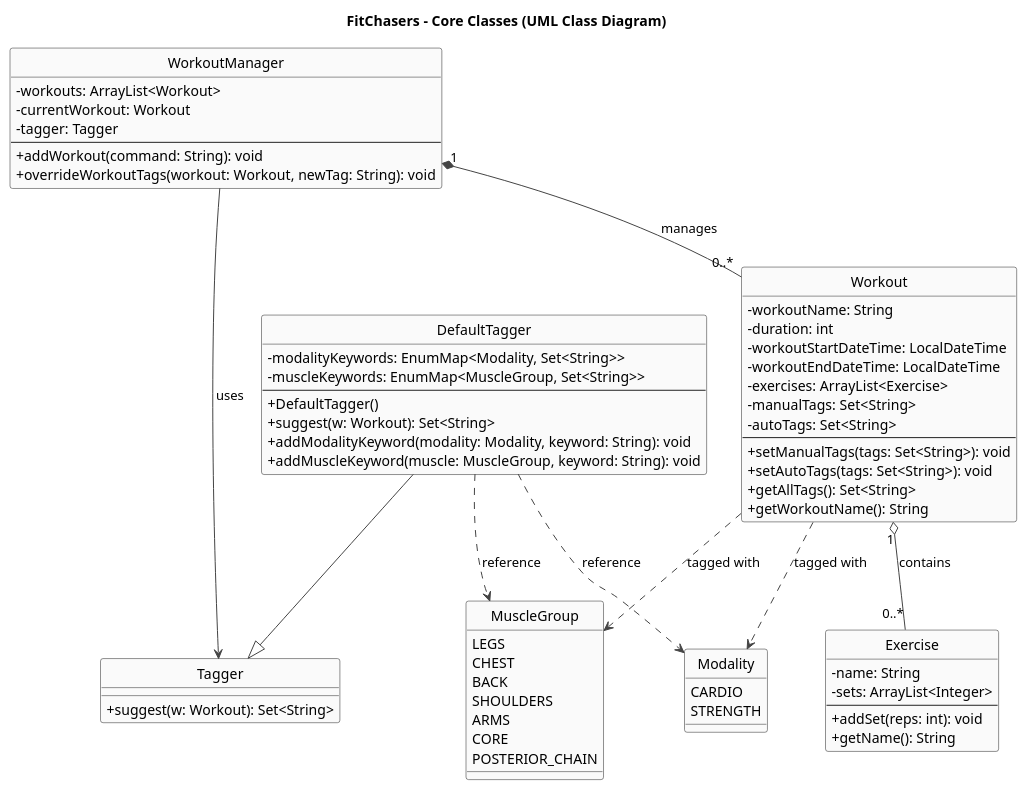
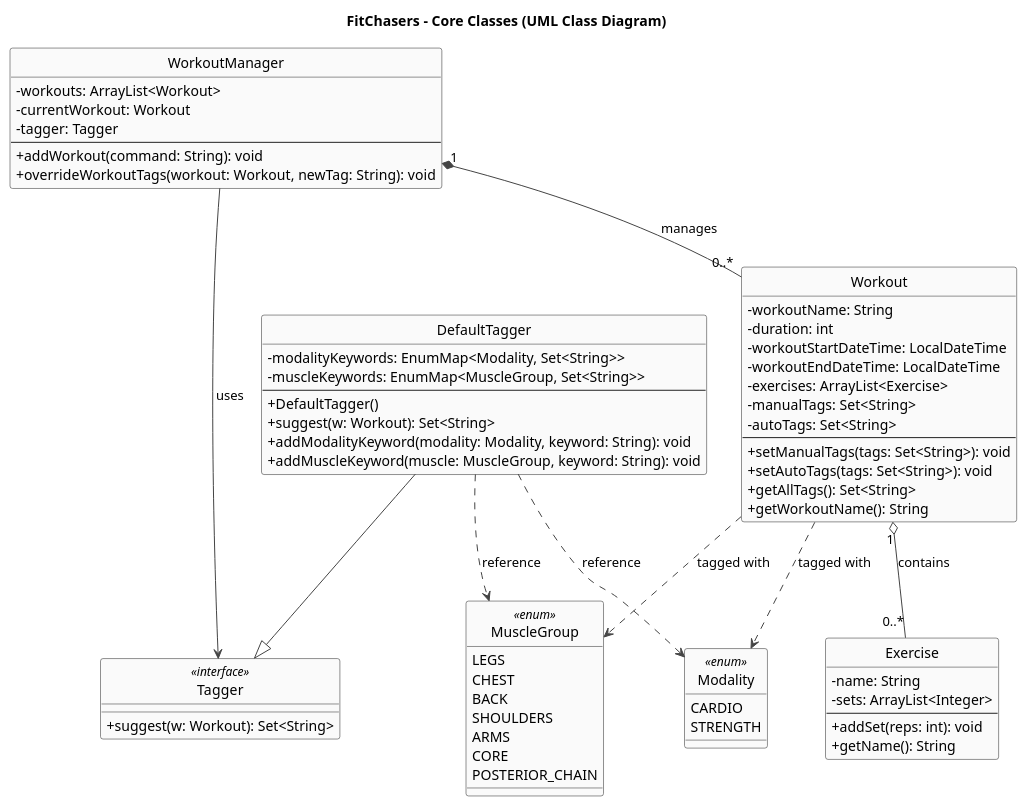
The diagram in docs/diagrams/Class_Diagram_for_tagging.puml (Exceptional-Khoi/tp), drawn with PlantUML before and after one commit. The commit also changed 19 other files, not shown here.

Commit message:
Replaced all sequence diagrams

```diff
--- a/docs/diagrams/Class_Diagram_for_tagging.puml
+++ b/docs/diagrams/Class_Diagram_for_tagging.puml
@@ -1,87 +1,86 @@
 @startuml
 title FitChasers – Core Classes (UML Class Diagram)
 
 skinparam shadowing false
 skinparam classAttributeIconSize 0
 skinparam ArrowColor #444
 skinparam ClassBorderColor #222
 skinparam ClassBackgroundColor #FAFAFA
 skinparam NoteBackgroundColor #fff
 skinparam NoteBorderColor #aaa
 
 hide circle
-hide stereotype
 
 ' ===== Classes & Interfaces =====
 class WorkoutManager {
   -workouts: ArrayList<Workout>
   -currentWorkout: Workout
   -tagger: Tagger
   --
   +addWorkout(command: String): void
   +overrideWorkoutTags(workout: Workout, newTag: String): void
 }
 
 class Tagger <<interface>> {
   +suggest(w: Workout): Set<String>
 }
 
 class DefaultTagger {
   -modalityKeywords: EnumMap<Modality, Set<String>>
   -muscleKeywords: EnumMap<MuscleGroup, Set<String>>
   --
   +DefaultTagger()
   +suggest(w: Workout): Set<String>
   +addModalityKeyword(modality: Modality, keyword: String): void
   +addMuscleKeyword(muscle: MuscleGroup, keyword: String): void
 }
 
 class Workout {
   -workoutName: String
   -duration: int
   -workoutStartDateTime: LocalDateTime
   -workoutEndDateTime: LocalDateTime
   -exercises: ArrayList<Exercise>
   -manualTags: Set<String>
   -autoTags: Set<String>
   --
   +setManualTags(tags: Set<String>): void
   +setAutoTags(tags: Set<String>): void
   +getAllTags(): Set<String>
   +getWorkoutName(): String
 }
 
 class Exercise {
   -name: String
   -sets: ArrayList<Integer>
   --
   +addSet(reps: int): void
   +getName(): String
 }
 
 class Modality <<enum>> {
   CARDIO
   STRENGTH
 }
 
 class MuscleGroup <<enum>> {
   LEGS
   CHEST
   BACK
   SHOULDERS
   ARMS
   CORE
   POSTERIOR_CHAIN
 }
 
 ' ===== Relationships =====
 WorkoutManager "1" *-- "0..*" Workout : manages
 WorkoutManager --> Tagger : uses
 DefaultTagger --|> Tagger
 Workout "1" o-- "0..*" Exercise : contains
 Workout ..> Modality : tagged with
 Workout ..> MuscleGroup : tagged with
 DefaultTagger ..> Modality : reference
 DefaultTagger ..> MuscleGroup : reference
 
 @enduml
```
